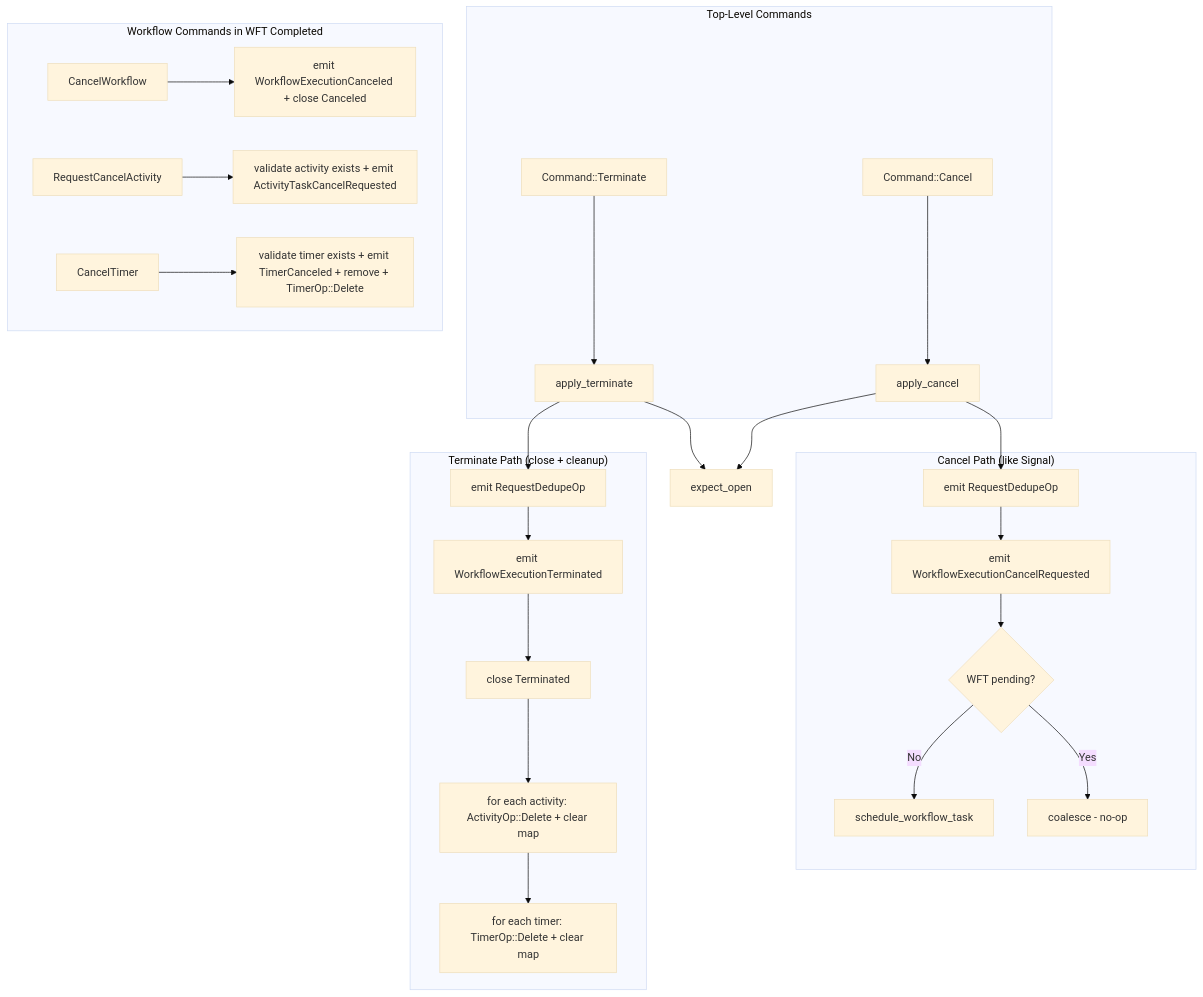
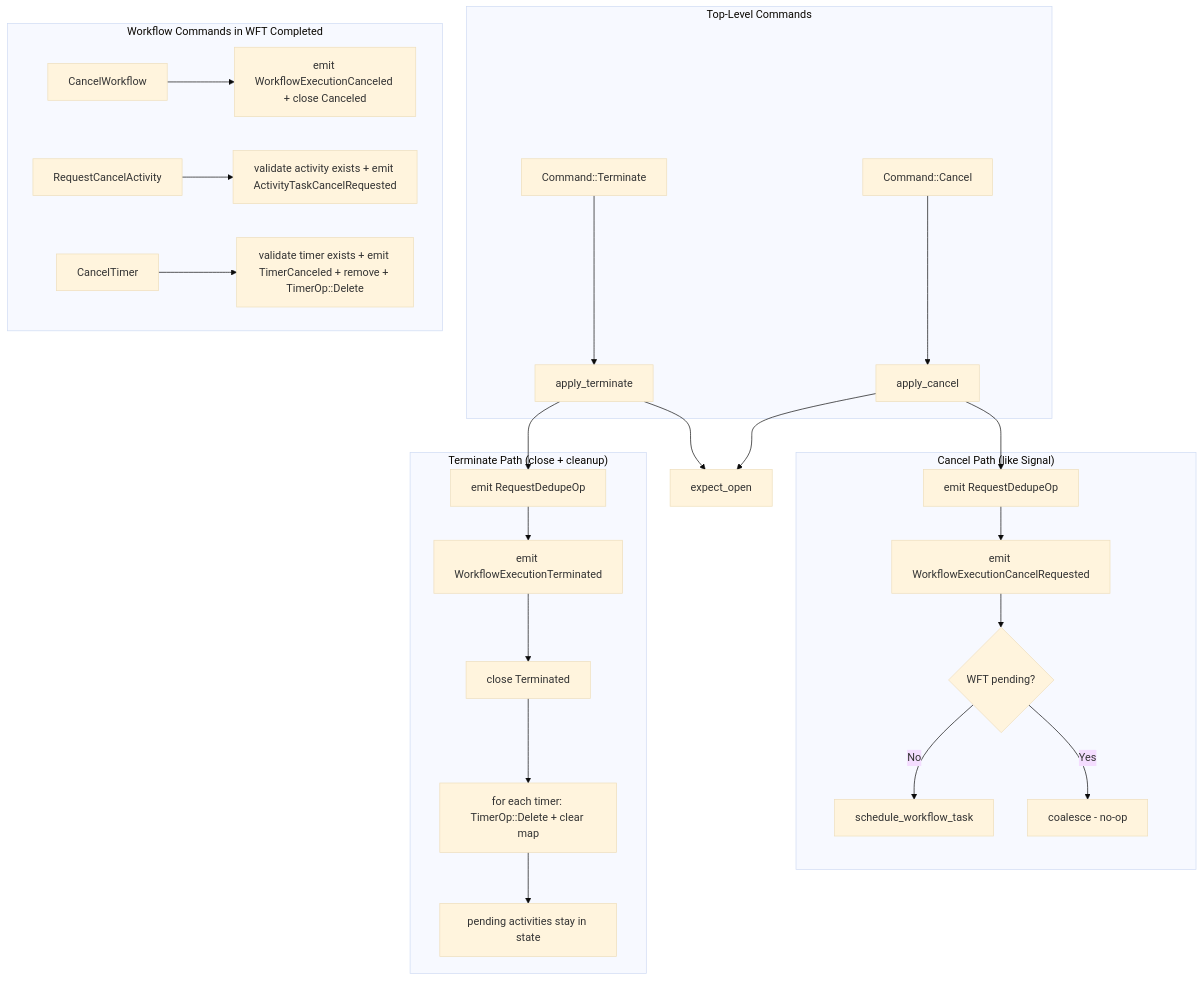
One commit to tokeira/tokeira changed the diagram in .kiro/specs/kernel-cancel-terminate/design.md. Above: the diagram before and after it, drawn with Mermaid (base theme). The commit also changed other lines of this file and 15 other files, not shown here.

First line of the commit message:
spec(kernel): forced closes keep a run's pending activities

````diff
--- a/.kiro/specs/kernel-cancel-terminate/design.md
+++ b/.kiro/specs/kernel-cancel-terminate/design.md
@@ -23,32 +23,32 @@
 ```mermaid
 graph TD
     subgraph "Top-Level Commands"
         C1[Command::Cancel] --> AC[apply_cancel]
         C2[Command::Terminate] --> AT[apply_terminate]
     end
 
     AC --> EO[expect_open]
     AT --> EO
 
     subgraph "Cancel Path (like Signal)"
         AC --> D1[emit RequestDedupeOp]
         D1 --> E1[emit WorkflowExecutionCancelRequested]
         E1 --> WFT{WFT pending?}
         WFT -->|No| S1[schedule_workflow_task]
         WFT -->|Yes| NOOP[coalesce - no-op]
     end
 
     subgraph "Terminate Path (close + cleanup)"
         AT --> D2[emit RequestDedupeOp]
         D2 --> E2[emit WorkflowExecutionTerminated]
         E2 --> CL[close Terminated]
-        CL --> CLEANUP[for each activity: ActivityOp::Delete + clear map]
-        CLEANUP --> CLEANUP2[for each timer: TimerOp::Delete + clear map]
+        CL --> CLEANUP[for each timer: TimerOp::Delete + clear map]
+        CLEANUP --> KEEP[pending activities stay in state]
     end
 
     subgraph "Workflow Commands in WFT Completed"
         CW[CancelWorkflow] --> ECW[emit WorkflowExecutionCanceled + close Canceled]
         RCA[RequestCancelActivity] --> ERCA[validate activity exists + emit ActivityTaskCancelRequested]
         CT[CancelTimer] --> ECT[validate timer exists + emit TimerCanceled + remove + TimerOp::Delete]
     end
 ```
````
